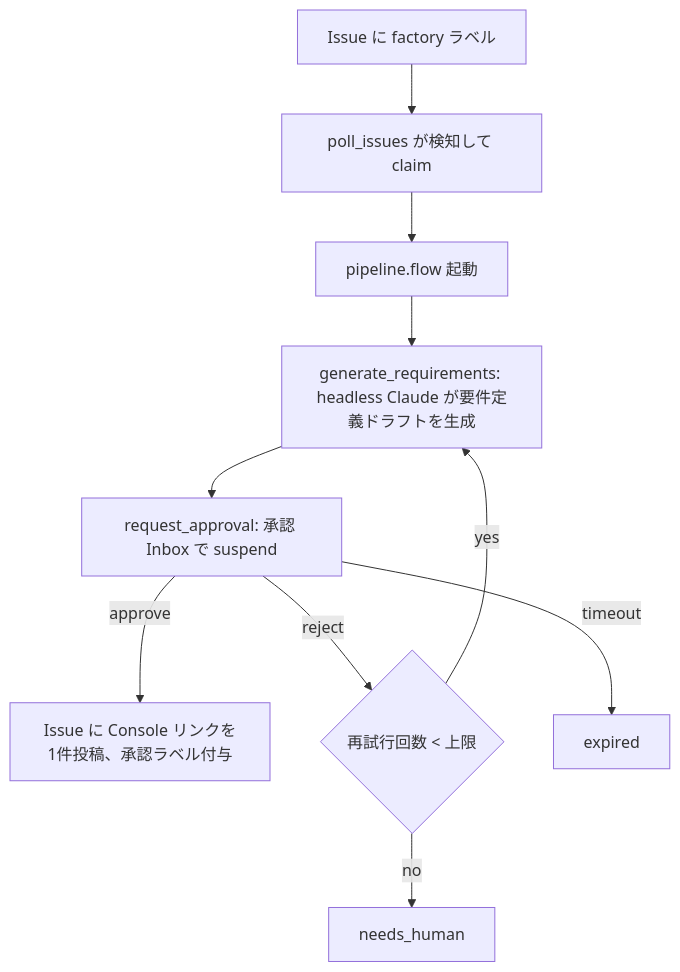
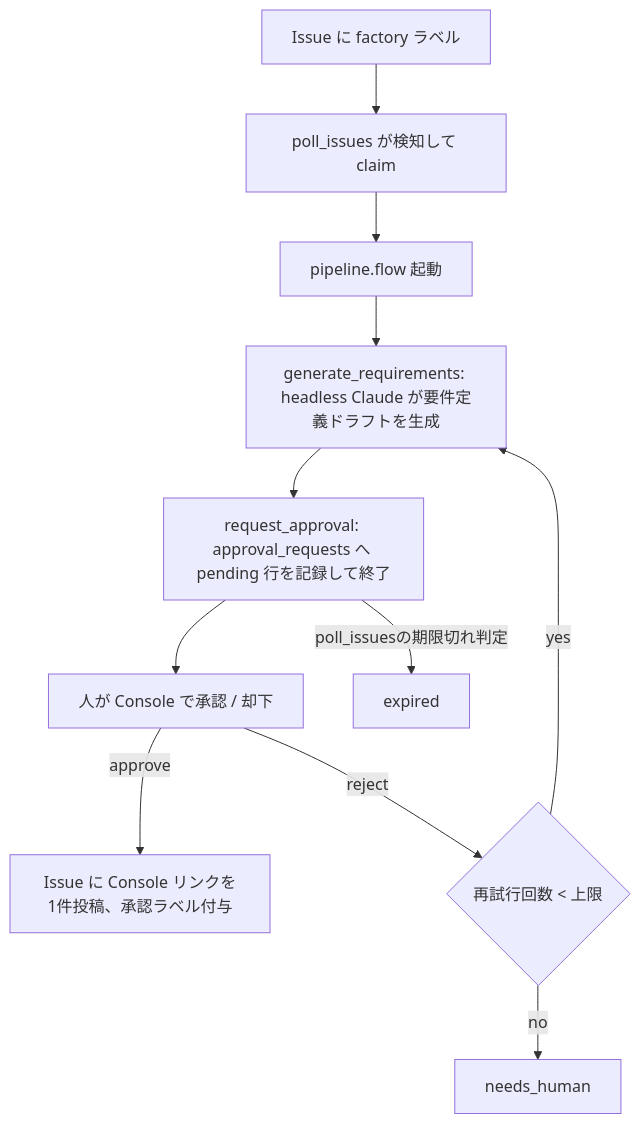
The first of 2 diagrams in docs/architecture.md (u-stem/atelier-works), drawn with Mermaid before and after one commit. The commit also changed other lines of this file and 48 other files, not shown here.

````diff
--- a/docs/architecture.md
+++ b/docs/architecture.md
@@ -30,12 +30,13 @@
 ```mermaid
 flowchart TD
     A[Issue に factory ラベル] --> B[poll_issues が検知して claim]
     B --> C[pipeline.flow 起動]
     C --> D[generate_requirements: headless Claude が要件定義ドラフトを生成]
-    D --> E[request_approval: 承認 Inbox で suspend]
-    E -->|approve| F[Issue に Console リンクを1件投稿、承認ラベル付与]
-    E -->|reject| G{再試行回数 < 上限}
+    D --> E[request_approval: approval_requests へ pending 行を記録して終了]
+    E --> J[人が Console で承認 / 却下]
+    J -->|approve| F[Issue に Console リンクを1件投稿、承認ラベル付与]
+    J -->|reject| G{再試行回数 < 上限}
     G -->|yes| D
     G -->|no| H[needs_human]
-    E -->|timeout| I[expired]
+    E -->|poll_issuesの期限切れ判定| I[expired]
 ```
````
